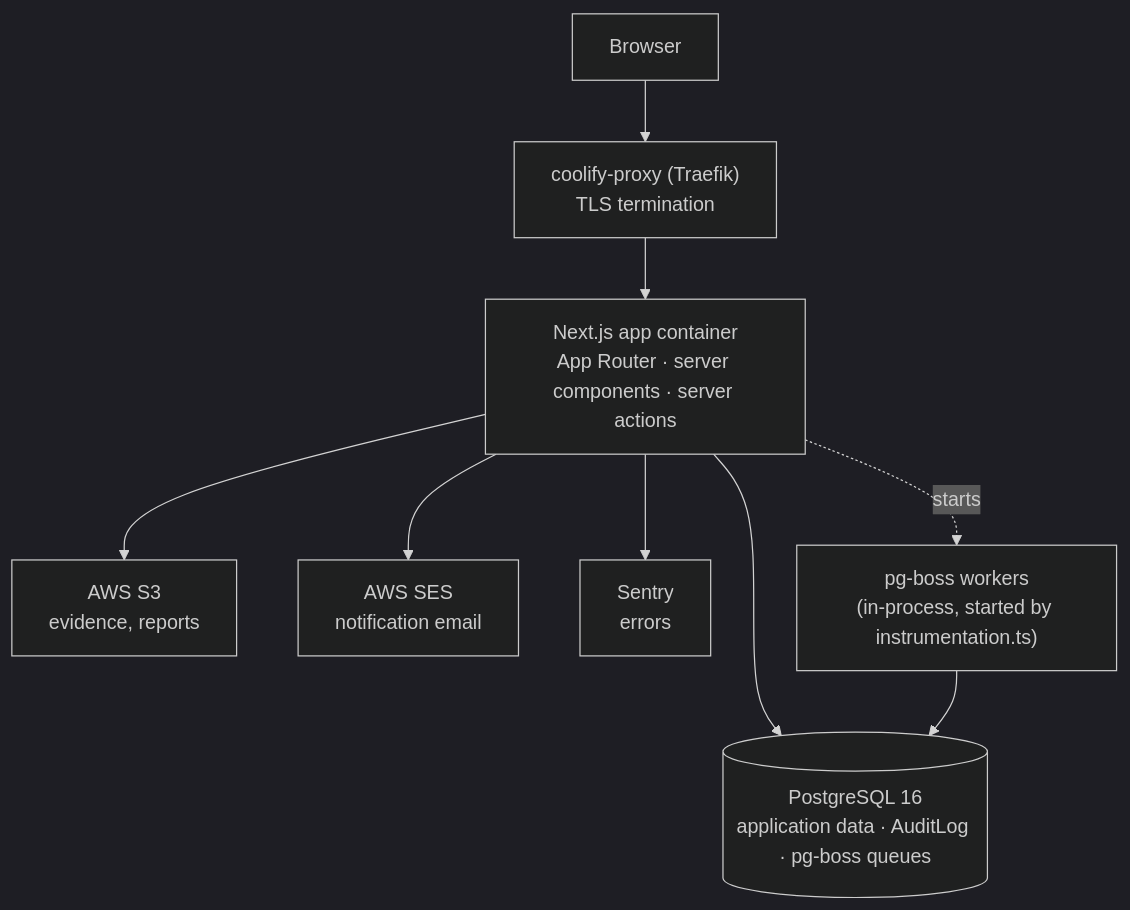
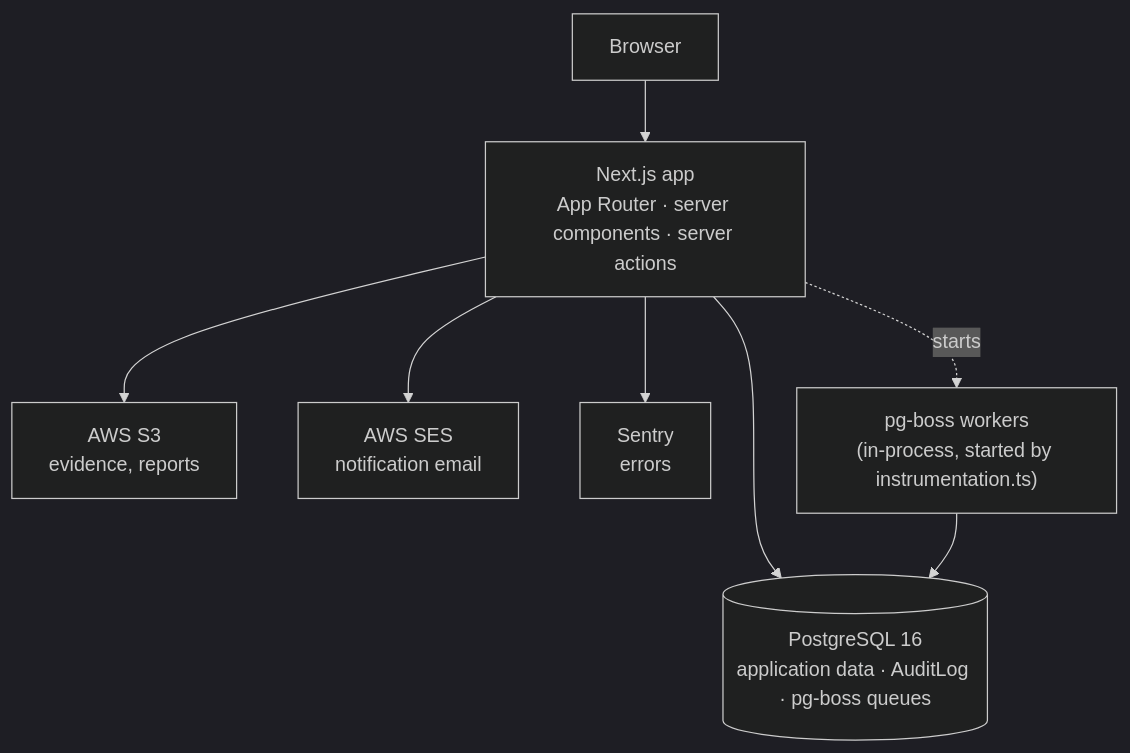
Before and after one commit to naveenchhikara/AEGIS: the first of 3 diagrams in docs/architecture.md, drawn with Mermaid (dark theme). The commit also changed other lines of this file and 9 other files, not shown here.

````diff
--- a/docs/architecture.md
+++ b/docs/architecture.md
@@ -49,11 +51,10 @@
 ```mermaid
 flowchart TD
-    Browser["Browser"] --> Traefik["coolify-proxy (Traefik)<br/>TLS termination"]
-    Traefik --> App["Next.js app container<br/>App Router · server components · server actions"]
+    Browser["Browser"] --> App["Next.js app<br/>App Router · server components · server actions"]
     App --> PG[("PostgreSQL 16<br/>application data · AuditLog · pg-boss queues")]
     App --> S3["AWS S3<br/>evidence, reports"]
     App --> SES["AWS SES<br/>notification email"]
     App --> Sentry["Sentry<br/>errors"]
     Workers["pg-boss workers<br/>(in-process, started by instrumentation.ts)"] --> PG
     App -.starts.-> Workers
 ```
````
